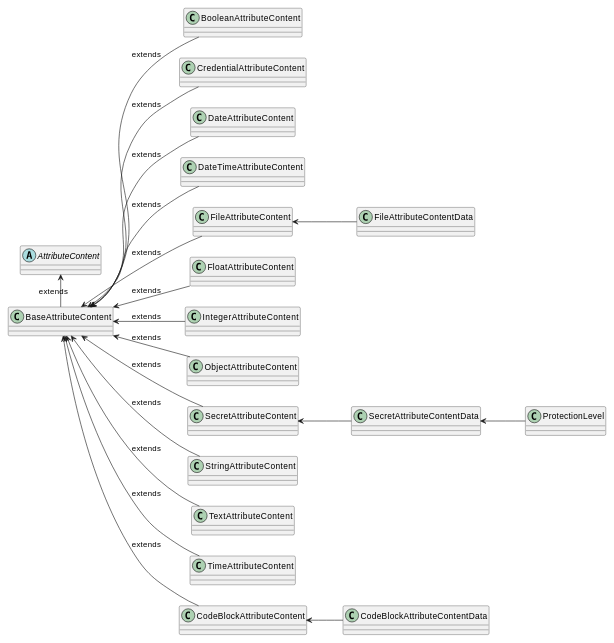
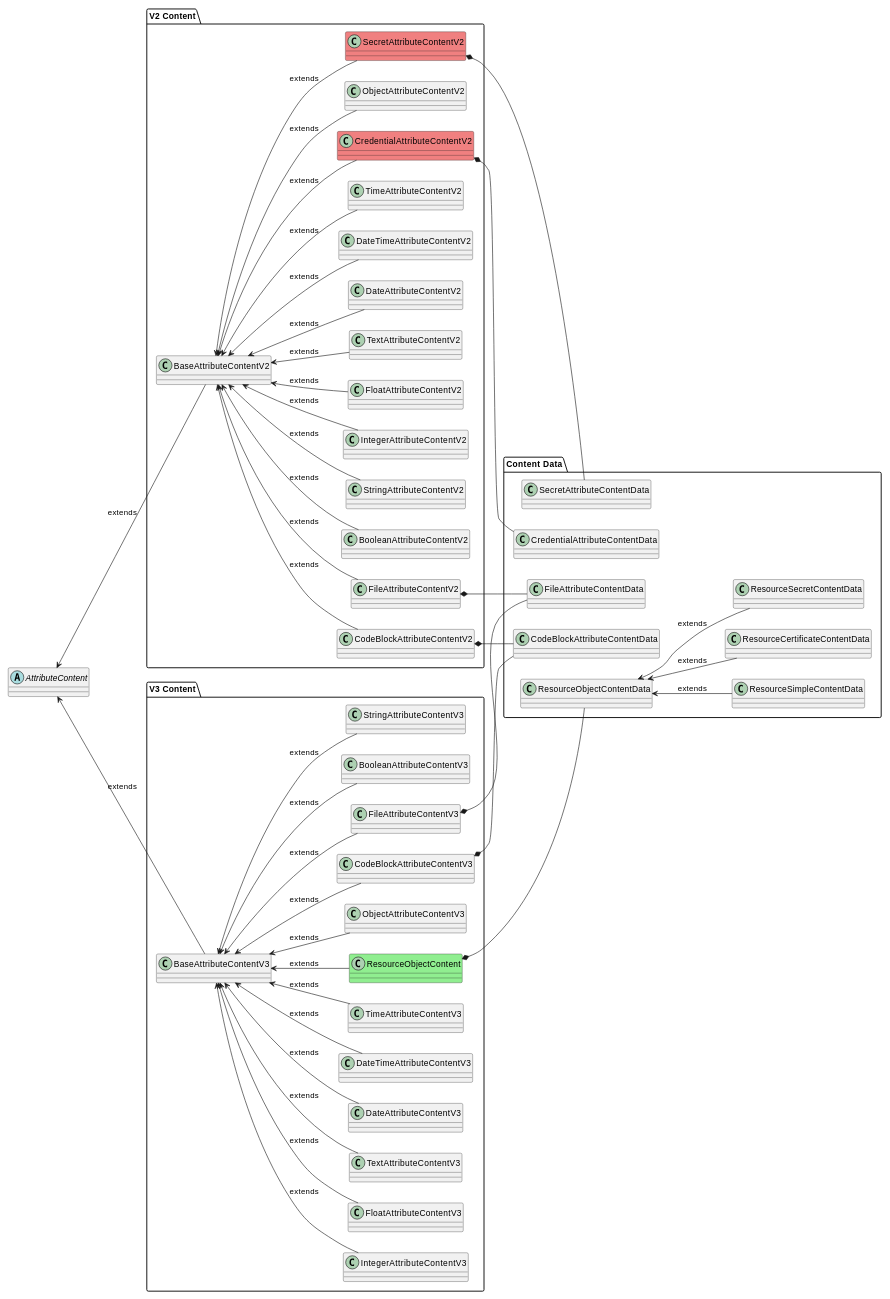
Before and after one commit to OmniTrustILM/documentation: the diagram in docs/contributors/attributes/content.md, drawn with PlantUML. The commit also changed other lines of this file and 7 other files, not shown here.

````diff
--- a/docs/contributors/attributes/content.md
+++ b/docs/contributors/attributes/content.md
@@ -698,43 +705,91 @@
     left to right direction
 
     abstract AttributeContent
-    
-    class BaseAttributeContent
-    class BooleanAttributeContent
-    class CredentialAttributeContent
-    class DateAttributeContent
-    class DateTimeAttributeContent
-    class FileAttributeContent
-    class FloatAttributeContent
-    class IntegerAttributeContent
-    class ObjectAttributeContent
-    class SecretAttributeContent
-    class StringAttributeContent
-    class TextAttributeContent
-    class TimeAttributeContent
-    class CodeBlockAttributeContent
-    
-    class FileAttributeContentData
-    class SecretAttributeContentData
-    class ProtectionLevel
-  
-    AttributeContent <-right- BaseAttributeContent : extends
-    BaseAttributeContent <-- BooleanAttributeContent : extends
-    BaseAttributeContent <-- CredentialAttributeContent : extends
-    BaseAttributeContent <-- DateAttributeContent : extends
-    BaseAttributeContent <-- DateTimeAttributeContent : extends
-    BaseAttributeContent <-- FileAttributeContent : extends
-    BaseAttributeContent <-- FloatAttributeContent : extends
-    BaseAttributeContent <-- IntegerAttributeContent : extends
-    BaseAttributeContent <-- ObjectAttributeContent : extends
-    BaseAttributeContent <-- SecretAttributeContent : extends
-    BaseAttributeContent <-- StringAttributeContent : extends
-    BaseAttributeContent <-- TextAttributeContent : extends
-    BaseAttributeContent <-- TimeAttributeContent : extends
-    BaseAttributeContent <-- CodeBlockAttributeContent : extends
-    
-    FileAttributeContent <-- FileAttributeContentData
-    CodeBlockAttributeContent <-- CodeBlockAttributeContentData
-    SecretAttributeContent <-- SecretAttributeContentData
-    SecretAttributeContentData <-- ProtectionLevel
+
+    package "V2 Content" {
+        class BaseAttributeContentV2
+
+        class BooleanAttributeContentV2
+        class StringAttributeContentV2
+        class IntegerAttributeContentV2
+        class FloatAttributeContentV2
+        class TextAttributeContentV2
+        class DateAttributeContentV2
+        class DateTimeAttributeContentV2
+        class TimeAttributeContentV2
+        class FileAttributeContentV2
+        class ObjectAttributeContentV2
+        class CodeBlockAttributeContentV2
+        class SecretAttributeContentV2 #LightCoral
+        class CredentialAttributeContentV2 #LightCoral
+    }
+
+    package "V3 Content" {
+        class BaseAttributeContentV3
+
+        class BooleanAttributeContentV3
+        class StringAttributeContentV3
+        class IntegerAttributeContentV3
+        class FloatAttributeContentV3
+        class TextAttributeContentV3
+        class DateAttributeContentV3
+        class DateTimeAttributeContentV3
+        class TimeAttributeContentV3
+        class FileAttributeContentV3
+        class ObjectAttributeContentV3
+        class CodeBlockAttributeContentV3
+        class ResourceObjectContent #LightGreen
+    }
+
+    package "Content Data" {
+        class FileAttributeContentData
+        class CodeBlockAttributeContentData
+        class SecretAttributeContentData
+        class CredentialAttributeContentData
+        class ResourceObjectContentData
+        class ResourceSimpleContentData
+        class ResourceCertificateContentData
+        class ResourceSecretContentData
+    }
+
+    AttributeContent <-- BaseAttributeContentV2 : extends
+    AttributeContent <-- BaseAttributeContentV3 : extends
+
+    BaseAttributeContentV2 <-- BooleanAttributeContentV2 : extends
+    BaseAttributeContentV2 <-- StringAttributeContentV2 : extends
+    BaseAttributeContentV2 <-- IntegerAttributeContentV2 : extends
+    BaseAttributeContentV2 <-- FloatAttributeContentV2 : extends
+    BaseAttributeContentV2 <-- TextAttributeContentV2 : extends
+    BaseAttributeContentV2 <-- DateAttributeContentV2 : extends
+    BaseAttributeContentV2 <-- DateTimeAttributeContentV2 : extends
+    BaseAttributeContentV2 <-- TimeAttributeContentV2 : extends
+    BaseAttributeContentV2 <-- FileAttributeContentV2 : extends
+    BaseAttributeContentV2 <-- ObjectAttributeContentV2 : extends
+    BaseAttributeContentV2 <-- CodeBlockAttributeContentV2 : extends
+    BaseAttributeContentV2 <-- SecretAttributeContentV2 : extends
+    BaseAttributeContentV2 <-- CredentialAttributeContentV2 : extends
+
+    BaseAttributeContentV3 <-- BooleanAttributeContentV3 : extends
+    BaseAttributeContentV3 <-- StringAttributeContentV3 : extends
+    BaseAttributeContentV3 <-- IntegerAttributeContentV3 : extends
+    BaseAttributeContentV3 <-- FloatAttributeContentV3 : extends
+    BaseAttributeContentV3 <-- TextAttributeContentV3 : extends
+    BaseAttributeContentV3 <-- DateAttributeContentV3 : extends
+    BaseAttributeContentV3 <-- DateTimeAttributeContentV3 : extends
+    BaseAttributeContentV3 <-- TimeAttributeContentV3 : extends
+    BaseAttributeContentV3 <-- FileAttributeContentV3 : extends
+    BaseAttributeContentV3 <-- ObjectAttributeContentV3 : extends
+    BaseAttributeContentV3 <-- CodeBlockAttributeContentV3 : extends
+    BaseAttributeContentV3 <-- ResourceObjectContent : extends
+
+    FileAttributeContentV2 *-- FileAttributeContentData
+    FileAttributeContentV3 *-- FileAttributeContentData
+    CodeBlockAttributeContentV2 *-- CodeBlockAttributeContentData
+    CodeBlockAttributeContentV3 *-- CodeBlockAttributeContentData
+    SecretAttributeContentV2 *-- SecretAttributeContentData
+    CredentialAttributeContentV2 *-- CredentialAttributeContentData
+    ResourceObjectContent *-- ResourceObjectContentData
+    ResourceObjectContentData <-- ResourceSimpleContentData : extends
+    ResourceObjectContentData <-- ResourceCertificateContentData : extends
+    ResourceObjectContentData <-- ResourceSecretContentData : extends
 ```
````
